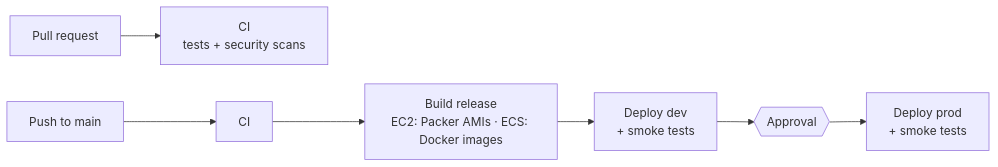
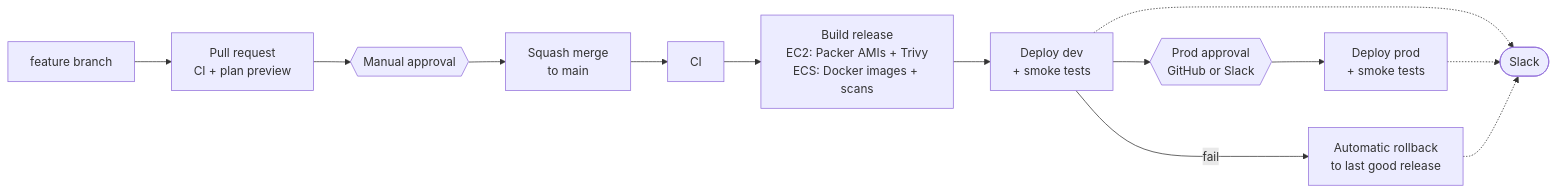
Before and after one commit to ngems1/3tier-app: the third of 3 diagrams in README.md, drawn with Mermaid. The commit also changed other lines of this file, not shown here.

````diff
--- a/README.md
+++ b/README.md
@@ -190,7 +226,10 @@
 ```mermaid
 flowchart LR
-    pr[Pull request] --> ci[CI<br/>tests + security scans]
-    push[Push to main] --> ci2[CI] --> build[Build release<br/>EC2: Packer AMIs · ECS: Docker images]
+    branch[feature branch] --> pr[Pull request<br/>CI + plan preview]
+    pr --> gate{{Manual approval}} --> merge[Squash merge<br/>to main]
+    merge --> ci2[CI] --> build[Build release<br/>EC2: Packer AMIs + Trivy<br/>ECS: Docker images + scans]
     build --> dev[Deploy dev<br/>+ smoke tests]
-    dev --> approve{{Approval}} --> prod[Deploy prod<br/>+ smoke tests]
+    dev -->|fail| rb[Automatic rollback<br/>to last good release]
+    dev --> approve{{Prod approval<br/>GitHub or Slack}} --> prod[Deploy prod<br/>+ smoke tests]
+    dev & prod & rb -.-> slack([Slack])
 ```
````
